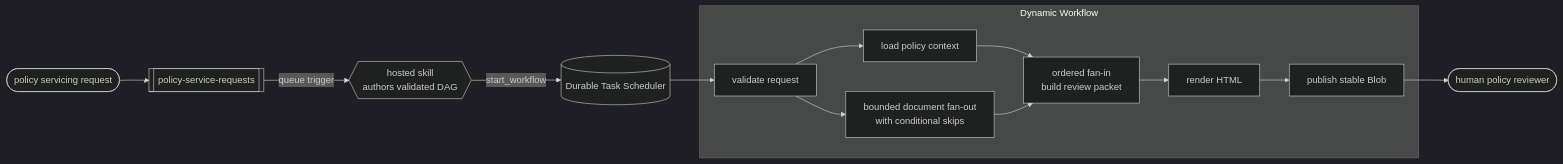
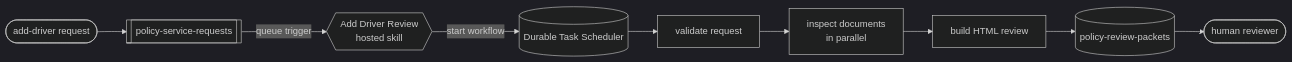
One commit to Azure-Samples/hosted-skills-dynamic-workflows-insurance-policy-review changed the diagram in README.md. Above: the diagram before and after it, drawn with Mermaid (dark theme). The commit also changed other lines of this file and 12 other files, not shown here.

Commit message:
Simplify insurance policy review quickstart

````diff
--- a/README.md
+++ b/README.md
@@ -126,28 +107,17 @@
 ```mermaid
 flowchart LR
-    request([policy servicing request])
+    request([add-driver request])
     queue[[policy-service-requests]]
-    skill{{hosted skill<br/>authors validated DAG}}
+    skill{{Add Driver Review<br/>hosted skill}}
     scheduler[(Durable Task Scheduler)]
-
-    subgraph workflow["Dynamic Workflow"]
-        validate[validate request]
-        policy[load policy context]
-        inspect[bounded document fan-out<br/>with conditional skips]
-        packet[ordered fan-in<br/>build review packet]
-        render[render HTML]
-        publish[publish stable Blob]
-    end
-
-    reviewer([human policy reviewer])
+    validate[validate request]
+    inspect[inspect documents<br/>in parallel]
+    report[build HTML review]
+    blob[(policy-review-packets)]
+    reviewer([human reviewer])
 
     request --> queue
     queue -->|queue trigger| skill
-    skill -->|start_workflow| scheduler
-    scheduler --> validate
-    validate --> policy
-    validate --> inspect
-    policy --> packet
-    inspect --> packet
-    packet --> render --> publish --> reviewer
+    skill -->|start workflow| scheduler
+    scheduler --> validate --> inspect --> report --> blob --> reviewer
 ```
````
